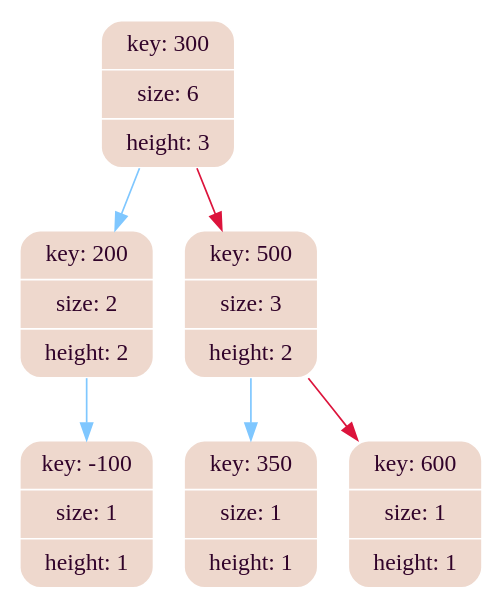
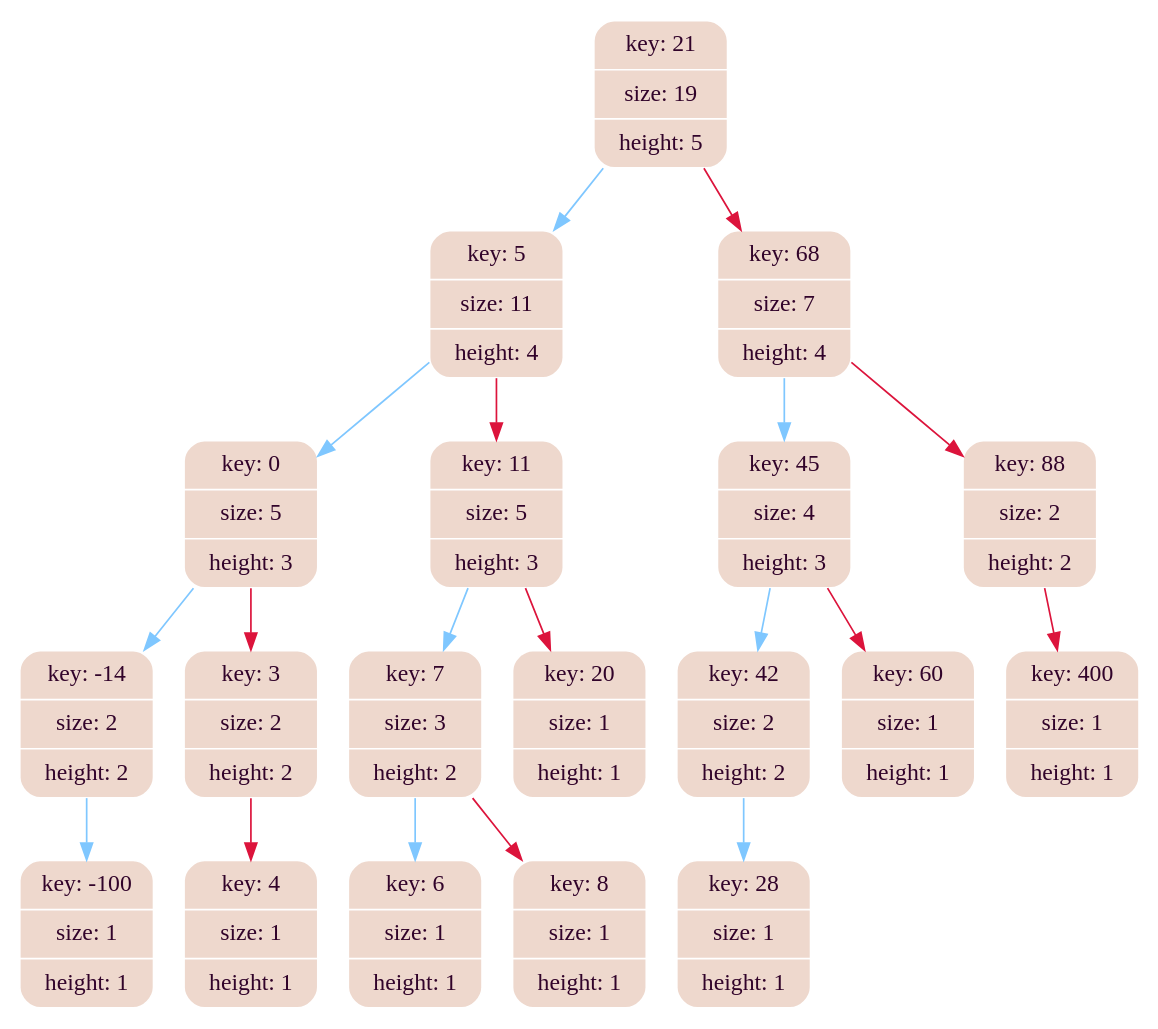
Before and after one commit to MaxGroshev/matrix: the diagram in graph_lib/tree_dump.dot, drawn with Graphviz. The commit also changed 13 other files, not shown here.

```diff
--- a/graph_lib/tree_dump.dot
+++ b/graph_lib/tree_dump.dot
@@ -1,17 +1,43 @@
 digraph   
 {
 rankdir = ""
 splines = "true"
 
-node0x604000002010 [shape      = "Mrecord", width = 1.1, height = 1.21,  fillcolor   = "#eed8cd", style = "filled", fontcolor= " #31032A", fontname = "Calibri", color = "white", label = "{key: 300| size: 6| height: 3}"]
-node0x604000002010 -> node0x604000001f90 [color = "#7FC7FF", style = "", constraint = true, fillcolor = "#7FC7FF",   fontcolor = "", fontname = "Calibri", label = ""];
-node0x604000001f90 [shape      = "Mrecord", width = 1.1, height = 1.21,  fillcolor   = "#eed8cd", style = "filled", fontcolor= " #31032A", fontname = "Calibri", color = "white", label = "{key: 200| size: 2| height: 2}"]
-node0x604000001f90 -> node0x604000001f50 [color = "#7FC7FF", style = "", constraint = true, fillcolor = "#7FC7FF",   fontcolor = "", fontname = "Calibri", label = ""];
-node0x604000001f50 [shape      = "Mrecord", width = 1.1, height = 1.21,  fillcolor   = "#eed8cd", style = "filled", fontcolor= " #31032A", fontname = "Calibri", color = "white", label = "{key: -100| size: 1| height: 1}"]
-node0x604000002010 -> node0x604000001fd0 [color = "#DC143C", style = "", constraint = true, fillcolor = "#DC143C",   fontcolor = "", fontname = "Calibri", label = ""];
-node0x604000001fd0 [shape      = "Mrecord", width = 1.1, height = 1.21,  fillcolor   = "#eed8cd", style = "filled", fontcolor= " #31032A", fontname = "Calibri", color = "white", label = "{key: 500| size: 3| height: 2}"]
-node0x604000001fd0 -> node0x604000002090 [color = "#7FC7FF", style = "", constraint = true, fillcolor = "#7FC7FF",   fontcolor = "", fontname = "Calibri", label = ""];
-node0x604000002090 [shape      = "Mrecord", width = 1.1, height = 1.21,  fillcolor   = "#eed8cd", style = "filled", fontcolor= " #31032A", fontname = "Calibri", color = "white", label = "{key: 350| size: 1| height: 1}"]
-node0x604000001fd0 -> node0x604000002050 [color = "#DC143C", style = "", constraint = true, fillcolor = "#DC143C",   fontcolor = "", fontname = "Calibri", label = ""];
-node0x604000002050 [shape      = "Mrecord", width = 1.1, height = 1.21,  fillcolor   = "#eed8cd", style = "filled", fontcolor= " #31032A", fontname = "Calibri", color = "white", label = "{key: 600| size: 1| height: 1}"]
+node0x5583f62b1340 [shape      = "Mrecord", width = 1.1, height = 1.21,  fillcolor   = "#eed8cd", style = "filled", fontcolor= " #31032A", fontname = "Calibri", color = "white", label = "{key: 21| size: 19| height: 5}"]
+node0x5583f62b1340 -> node0x5583f62b12c0 [color = "#7FC7FF", style = "", constraint = true, fillcolor = "#7FC7FF",   fontcolor = "", fontname = "Calibri", label = ""];
+node0x5583f62b12c0 [shape      = "Mrecord", width = 1.1, height = 1.21,  fillcolor   = "#eed8cd", style = "filled", fontcolor= " #31032A", fontname = "Calibri", color = "white", label = "{key: 5| size: 11| height: 4}"]
+node0x5583f62b12c0 -> node0x5583f62b13c0 [color = "#7FC7FF", style = "", constraint = true, fillcolor = "#7FC7FF",   fontcolor = "", fontname = "Calibri", label = ""];
+node0x5583f62b13c0 [shape      = "Mrecord", width = 1.1, height = 1.21,  fillcolor   = "#eed8cd", style = "filled", fontcolor= " #31032A", fontname = "Calibri", color = "white", label = "{key: 0| size: 5| height: 3}"]
+node0x5583f62b13c0 -> node0x5583f62b1380 [color = "#7FC7FF", style = "", constraint = true, fillcolor = "#7FC7FF",   fontcolor = "", fontname = "Calibri", label = ""];
+node0x5583f62b1380 [shape      = "Mrecord", width = 1.1, height = 1.21,  fillcolor   = "#eed8cd", style = "filled", fontcolor= " #31032A", fontname = "Calibri", color = "white", label = "{key: -14| size: 2| height: 2}"]
+node0x5583f62b1380 -> node0x5583f62b1500 [color = "#7FC7FF", style = "", constraint = true, fillcolor = "#7FC7FF",   fontcolor = "", fontname = "Calibri", label = ""];
+node0x5583f62b1500 [shape      = "Mrecord", width = 1.1, height = 1.21,  fillcolor   = "#eed8cd", style = "filled", fontcolor= " #31032A", fontname = "Calibri", color = "white", label = "{key: -100| size: 1| height: 1}"]
+node0x5583f62b13c0 -> node0x5583f62b1400 [color = "#DC143C", style = "", constraint = true, fillcolor = "#DC143C",   fontcolor = "", fontname = "Calibri", label = ""];
+node0x5583f62b1400 [shape      = "Mrecord", width = 1.1, height = 1.21,  fillcolor   = "#eed8cd", style = "filled", fontcolor= " #31032A", fontname = "Calibri", color = "white", label = "{key: 3| size: 2| height: 2}"]
+node0x5583f62b1400 -> node0x5583f62b1640 [color = "#DC143C", style = "", constraint = true, fillcolor = "#DC143C",   fontcolor = "", fontname = "Calibri", label = ""];
+node0x5583f62b1640 [shape      = "Mrecord", width = 1.1, height = 1.21,  fillcolor   = "#eed8cd", style = "filled", fontcolor= " #31032A", fontname = "Calibri", color = "white", label = "{key: 4| size: 1| height: 1}"]
+node0x5583f62b12c0 -> node0x5583f62b1480 [color = "#DC143C", style = "", constraint = true, fillcolor = "#DC143C",   fontcolor = "", fontname = "Calibri", label = ""];
+node0x5583f62b1480 [shape      = "Mrecord", width = 1.1, height = 1.21,  fillcolor   = "#eed8cd", style = "filled", fontcolor= " #31032A", fontname = "Calibri", color = "white", label = "{key: 11| size: 5| height: 3}"]
+node0x5583f62b1480 -> node0x5583f62b16c0 [color = "#7FC7FF", style = "", constraint = true, fillcolor = "#7FC7FF",   fontcolor = "", fontname = "Calibri", label = ""];
+node0x5583f62b16c0 [shape      = "Mrecord", width = 1.1, height = 1.21,  fillcolor   = "#eed8cd", style = "filled", fontcolor= " #31032A", fontname = "Calibri", color = "white", label = "{key: 7| size: 3| height: 2}"]
+node0x5583f62b16c0 -> node0x5583f62b1680 [color = "#7FC7FF", style = "", constraint = true, fillcolor = "#7FC7FF",   fontcolor = "", fontname = "Calibri", label = ""];
+node0x5583f62b1680 [shape      = "Mrecord", width = 1.1, height = 1.21,  fillcolor   = "#eed8cd", style = "filled", fontcolor= " #31032A", fontname = "Calibri", color = "white", label = "{key: 6| size: 1| height: 1}"]
+node0x5583f62b16c0 -> node0x5583f62b1700 [color = "#DC143C", style = "", constraint = true, fillcolor = "#DC143C",   fontcolor = "", fontname = "Calibri", label = ""];
+node0x5583f62b1700 [shape      = "Mrecord", width = 1.1, height = 1.21,  fillcolor   = "#eed8cd", style = "filled", fontcolor= " #31032A", fontname = "Calibri", color = "white", label = "{key: 8| size: 1| height: 1}"]
+node0x5583f62b1480 -> node0x5583f62b1300 [color = "#DC143C", style = "", constraint = true, fillcolor = "#DC143C",   fontcolor = "", fontname = "Calibri", label = ""];
+node0x5583f62b1300 [shape      = "Mrecord", width = 1.1, height = 1.21,  fillcolor   = "#eed8cd", style = "filled", fontcolor= " #31032A", fontname = "Calibri", color = "white", label = "{key: 20| size: 1| height: 1}"]
+node0x5583f62b1340 -> node0x5583f62b1580 [color = "#DC143C", style = "", constraint = true, fillcolor = "#DC143C",   fontcolor = "", fontname = "Calibri", label = ""];
+node0x5583f62b1580 [shape      = "Mrecord", width = 1.1, height = 1.21,  fillcolor   = "#eed8cd", style = "filled", fontcolor= " #31032A", fontname = "Calibri", color = "white", label = "{key: 68| size: 7| height: 4}"]
+node0x5583f62b1580 -> node0x5583f62b14c0 [color = "#7FC7FF", style = "", constraint = true, fillcolor = "#7FC7FF",   fontcolor = "", fontname = "Calibri", label = ""];
+node0x5583f62b14c0 [shape      = "Mrecord", width = 1.1, height = 1.21,  fillcolor   = "#eed8cd", style = "filled", fontcolor= " #31032A", fontname = "Calibri", color = "white", label = "{key: 45| size: 4| height: 3}"]
+node0x5583f62b14c0 -> node0x5583f62b1440 [color = "#7FC7FF", style = "", constraint = true, fillcolor = "#7FC7FF",   fontcolor = "", fontname = "Calibri", label = ""];
+node0x5583f62b1440 [shape      = "Mrecord", width = 1.1, height = 1.21,  fillcolor   = "#eed8cd", style = "filled", fontcolor= " #31032A", fontname = "Calibri", color = "white", label = "{key: 42| size: 2| height: 2}"]
+node0x5583f62b1440 -> node0x5583f62b1740 [color = "#7FC7FF", style = "", constraint = true, fillcolor = "#7FC7FF",   fontcolor = "", fontname = "Calibri", label = ""];
+node0x5583f62b1740 [shape      = "Mrecord", width = 1.1, height = 1.21,  fillcolor   = "#eed8cd", style = "filled", fontcolor= " #31032A", fontname = "Calibri", color = "white", label = "{key: 28| size: 1| height: 1}"]
+node0x5583f62b14c0 -> node0x5583f62b1600 [color = "#DC143C", style = "", constraint = true, fillcolor = "#DC143C",   fontcolor = "", fontname = "Calibri", label = ""];
+node0x5583f62b1600 [shape      = "Mrecord", width = 1.1, height = 1.21,  fillcolor   = "#eed8cd", style = "filled", fontcolor= " #31032A", fontname = "Calibri", color = "white", label = "{key: 60| size: 1| height: 1}"]
+node0x5583f62b1580 -> node0x5583f62b15c0 [color = "#DC143C", style = "", constraint = true, fillcolor = "#DC143C",   fontcolor = "", fontname = "Calibri", label = ""];
+node0x5583f62b15c0 [shape      = "Mrecord", width = 1.1, height = 1.21,  fillcolor   = "#eed8cd", style = "filled", fontcolor= " #31032A", fontname = "Calibri", color = "white", label = "{key: 88| size: 2| height: 2}"]
+node0x5583f62b15c0 -> node0x5583f62b1540 [color = "#DC143C", style = "", constraint = true, fillcolor = "#DC143C",   fontcolor = "", fontname = "Calibri", label = ""];
+node0x5583f62b1540 [shape      = "Mrecord", width = 1.1, height = 1.21,  fillcolor   = "#eed8cd", style = "filled", fontcolor= " #31032A", fontname = "Calibri", color = "white", label = "{key: 400| size: 1| height: 1}"]
 }
```
